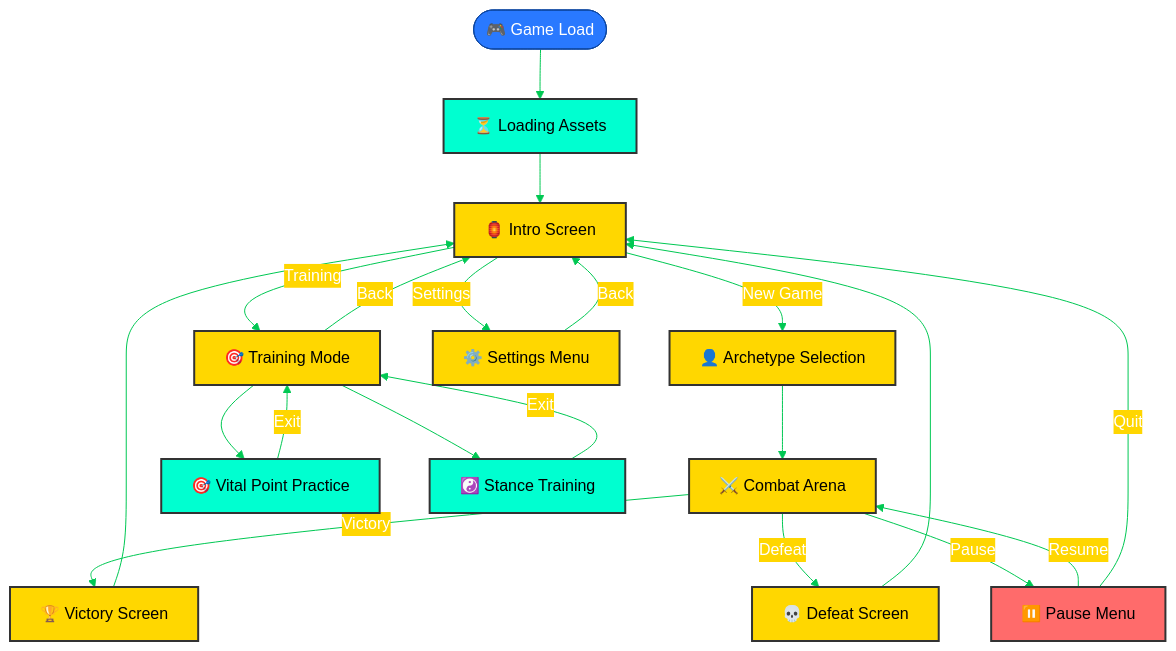
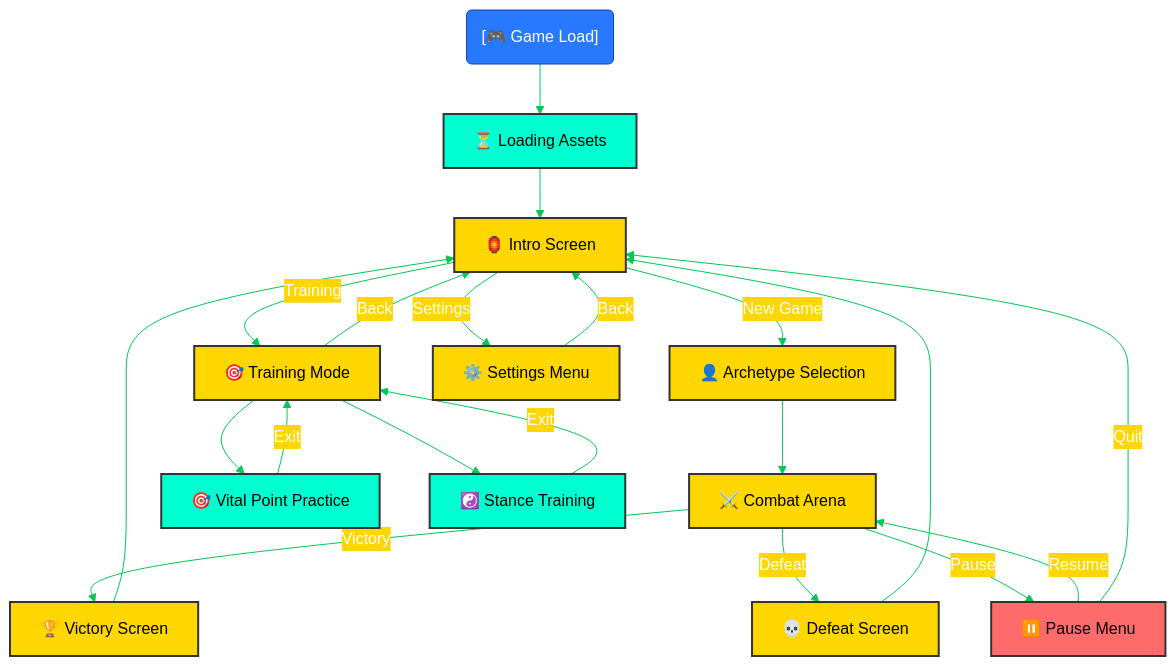
One commit to Hack23/blacktrigram changed diagram 14 of 22 in ARCHITECTURE.md. Above: the diagram before and after it, drawn with Mermaid. The commit also changed other lines of this file and 19 other files, not shown here.

Commit message:
docs(mermaid): quote emoji labels in 19 files and add style warning to validator

````diff
--- a/ARCHITECTURE.md
+++ b/ARCHITECTURE.md
@@ -1908,37 +1908,37 @@
 ```mermaid
 %%{init: {'theme':'base', 'themeVariables': {'primaryColor':'#2979FF','primaryTextColor':'#fff','primaryBorderColor':'#0D47A1','lineColor':'#00C853','secondaryColor':'#FFD600','tertiaryColor':'#FF3D00'}}}%%
 flowchart TD
-    Start([🎮 Game Load]) --> Loading[⏳ Loading Assets]
-    Loading --> Intro[🏮 Intro Screen]
+    Start("[🎮 Game Load]") --> Loading["⏳ Loading Assets"]
+    Loading --> Intro["🏮 Intro Screen"]
 
-    Intro --> |New Game| CharSelect[👤 Archetype Selection]
-    Intro --> |Training| Training[🎯 Training Mode]
-    Intro --> |Settings| Settings[⚙️ Settings Menu]
+    Intro --> |New Game| CharSelect["👤 Archetype Selection"]
+    Intro --> |Training| Training["🎯 Training Mode"]
+    Intro --> |Settings| Settings["⚙️ Settings Menu"]
 
-    CharSelect --> Combat[⚔️ Combat Arena]
-    Training --> VitalPractice[🎯 Vital Point Practice]
-    Training --> StancePractice[☯️ Stance Training]
+    CharSelect --> Combat["⚔️ Combat Arena"]
+    Training --> VitalPractice["🎯 Vital Point Practice"]
+    Training --> StancePractice["☯️ Stance Training"]
 
-    Combat --> |Victory| Victory[🏆 Victory Screen]
-    Combat --> |Defeat| Defeat[💀 Defeat Screen]
-    Combat --> |Pause| PauseMenu[⏸️ Pause Menu]
+    Combat --> |Victory| Victory["🏆 Victory Screen"]
+    Combat --> |Defeat| Defeat["💀 Defeat Screen"]
+    Combat --> |Pause| PauseMenu["⏸️ Pause Menu"]
 
     Victory --> Intro
     Defeat --> Intro
     PauseMenu --> |Resume| Combat
     PauseMenu --> |Quit| Intro
 
     VitalPractice --> |Exit| Training
     StancePractice --> |Exit| Training
     Training --> |Back| Intro
     Settings --> |Back| Intro
 
     %% Styling
     classDef screenNode fill:#FFD700,stroke:#333,stroke-width:2px,color:#000
     classDef actionNode fill:#00FFD0,stroke:#333,stroke-width:2px,color:#000
     classDef menuNode fill:#FF6B6B,stroke:#333,stroke-width:2px,color:#000
 
     class Intro,CharSelect,Combat,Victory,Defeat,Training,Settings screenNode
     class Loading,VitalPractice,StancePractice actionNode
     class PauseMenu menuNode
 ```
````
